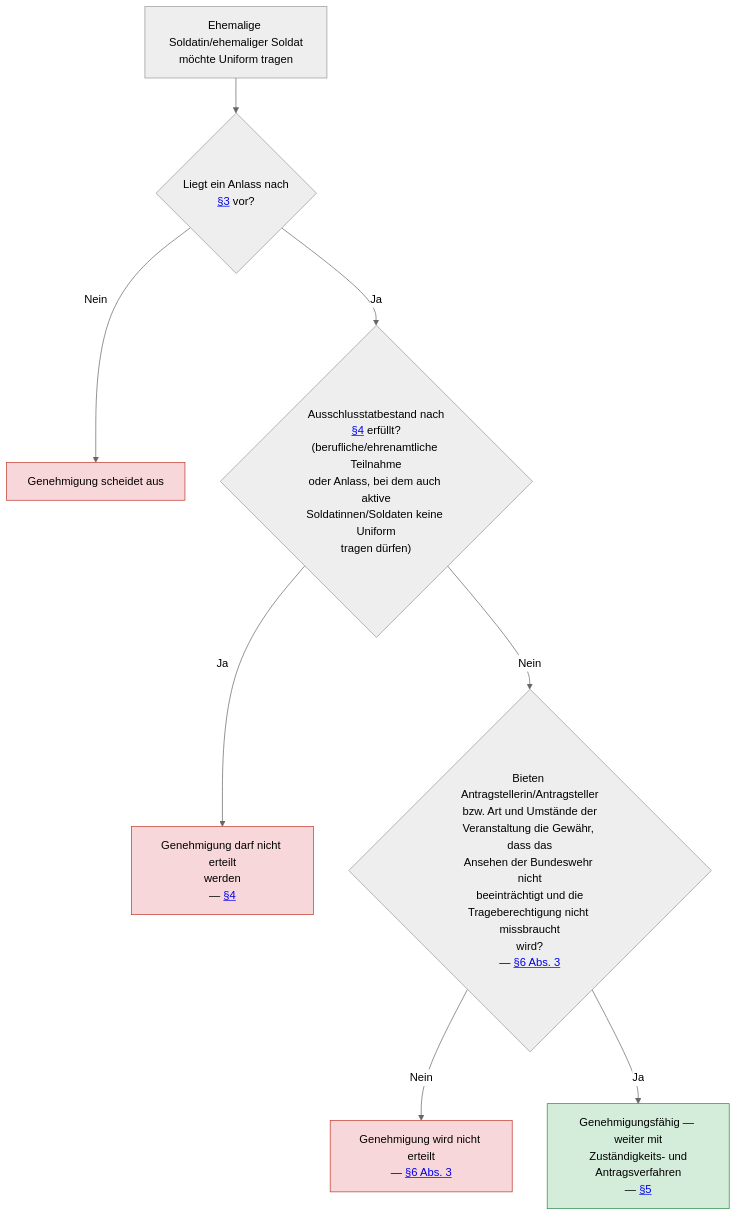
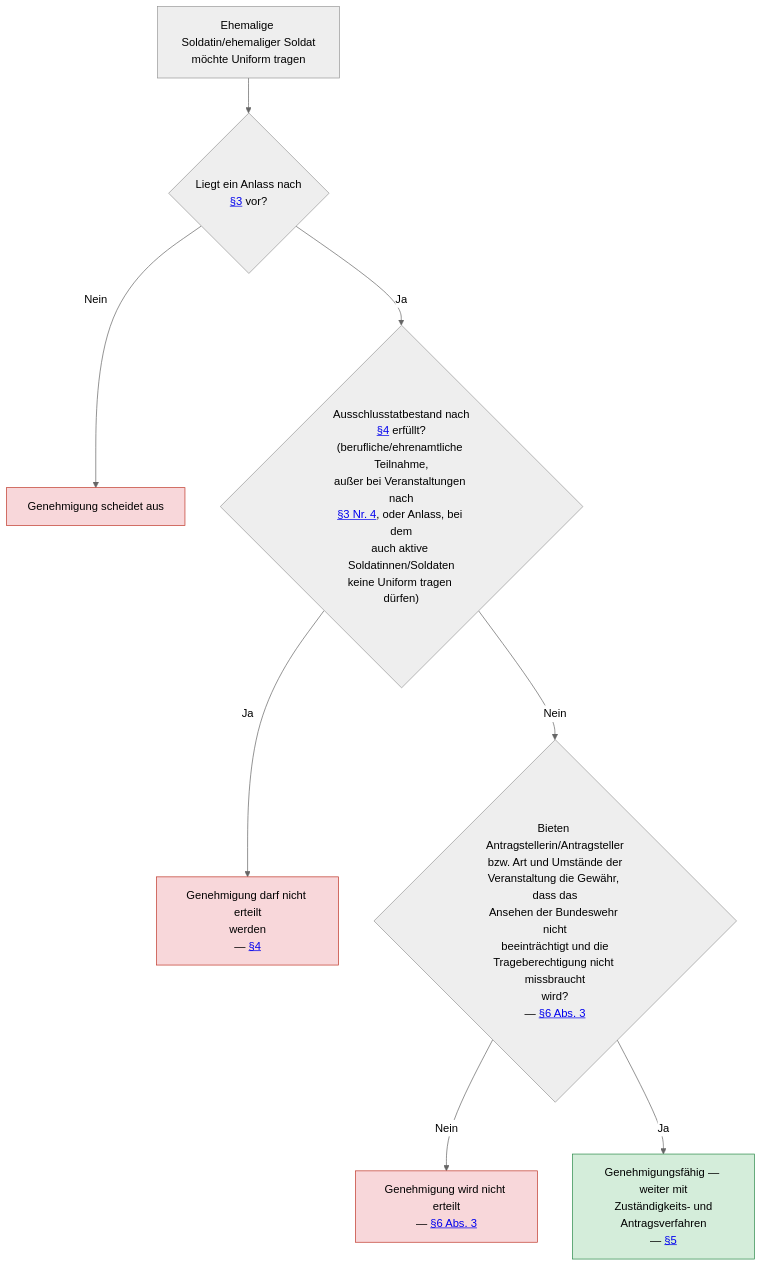
Before and after one commit to digitalservicebund/zfl-website: the diagram in src/content/ki-visualisierungen/UnifV/voraussetzungen.mmd, drawn with Mermaid (neutral theme). The commit also changed 26 other files, not shown here.

```diff
--- a/src/content/ki-visualisierungen/UnifV/voraussetzungen.mmd
+++ b/src/content/ki-visualisierungen/UnifV/voraussetzungen.mmd
@@ -1,16 +1,16 @@
 ---
 summary: "Zeigt die Voraussetzungen, unter denen ehemaligen Soldatinnen und Soldaten das Tragen der Uniform nach §§ 3, 4 und 6 UnifV genehmigt werden kann, einschließlich zulässiger Anlässe, Ausschlussgründen und der erforderlichen Gewähr für das Ansehen der Bundeswehr."
 ---
 flowchart TD
     A["Ehemalige Soldatin/ehemaliger Soldat<br/>möchte Uniform tragen"] --> B{"Liegt ein Anlass nach<br/><a href='{{ELI}}/art-z3' target='_blank' rel='noopener'>§3</a> vor?"}
     B -->|Nein| C["Genehmigung scheidet aus"]
-    B -->|Ja| D{"Ausschlusstatbestand nach<br/><a href='{{ELI}}/art-z4' target='_blank' rel='noopener'>§4</a> erfüllt?<br/>(berufliche/ehrenamtliche Teilnahme<br/>oder Anlass, bei dem auch aktive<br/>Soldatinnen/Soldaten keine Uniform<br/>tragen dürfen)"}
+    B -->|Ja| D{"Ausschlusstatbestand nach<br/><a href='{{ELI}}/art-z4' target='_blank' rel='noopener'>§4</a> erfüllt?<br/>(berufliche/ehrenamtliche Teilnahme,<br/>außer bei Veranstaltungen nach<br/><a href='{{ELI}}/art-z3' target='_blank' rel='noopener'>§3 Nr. 4</a>, oder Anlass, bei dem<br/>auch aktive Soldatinnen/Soldaten<br/>keine Uniform tragen dürfen)"}
     D -->|Ja| E["Genehmigung darf nicht erteilt<br/>werden<br/>— <a href='{{ELI}}/art-z4' target='_blank' rel='noopener'>§4</a>"]
     D -->|Nein| F{"Bieten Antragstellerin/Antragsteller<br/>bzw. Art und Umstände der<br/>Veranstaltung die Gewähr, dass das<br/>Ansehen der Bundeswehr nicht<br/>beeinträchtigt und die<br/>Trageberechtigung nicht missbraucht<br/>wird?<br/>— <a href='{{ELI}}#art-z6_abs-z3' target='_blank' rel='noopener'>§6 Abs. 3</a>"}
     F -->|Nein| G["Genehmigung wird nicht erteilt<br/>— <a href='{{ELI}}#art-z6_abs-z3' target='_blank' rel='noopener'>§6 Abs. 3</a>"]
     F -->|Ja| H["Genehmigungsfähig — weiter mit<br/>Zuständigkeits- und<br/>Antragsverfahren<br/>— <a href='{{ELI}}/art-z5' target='_blank' rel='noopener'>§5</a>"]
 
     style C fill:#f8d7da,stroke:#c0392b
     style E fill:#f8d7da,stroke:#c0392b
     style G fill:#f8d7da,stroke:#c0392b
     style H fill:#d4edda,stroke:#2d8a4a
```
